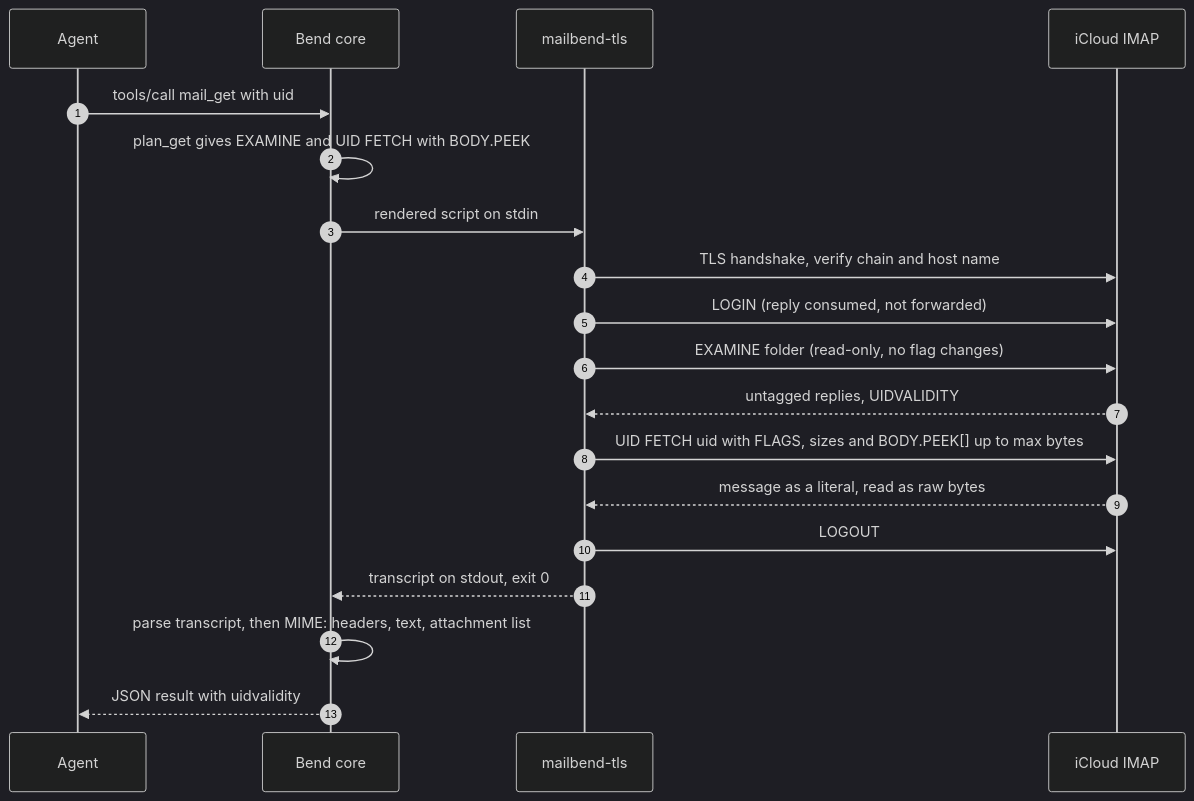
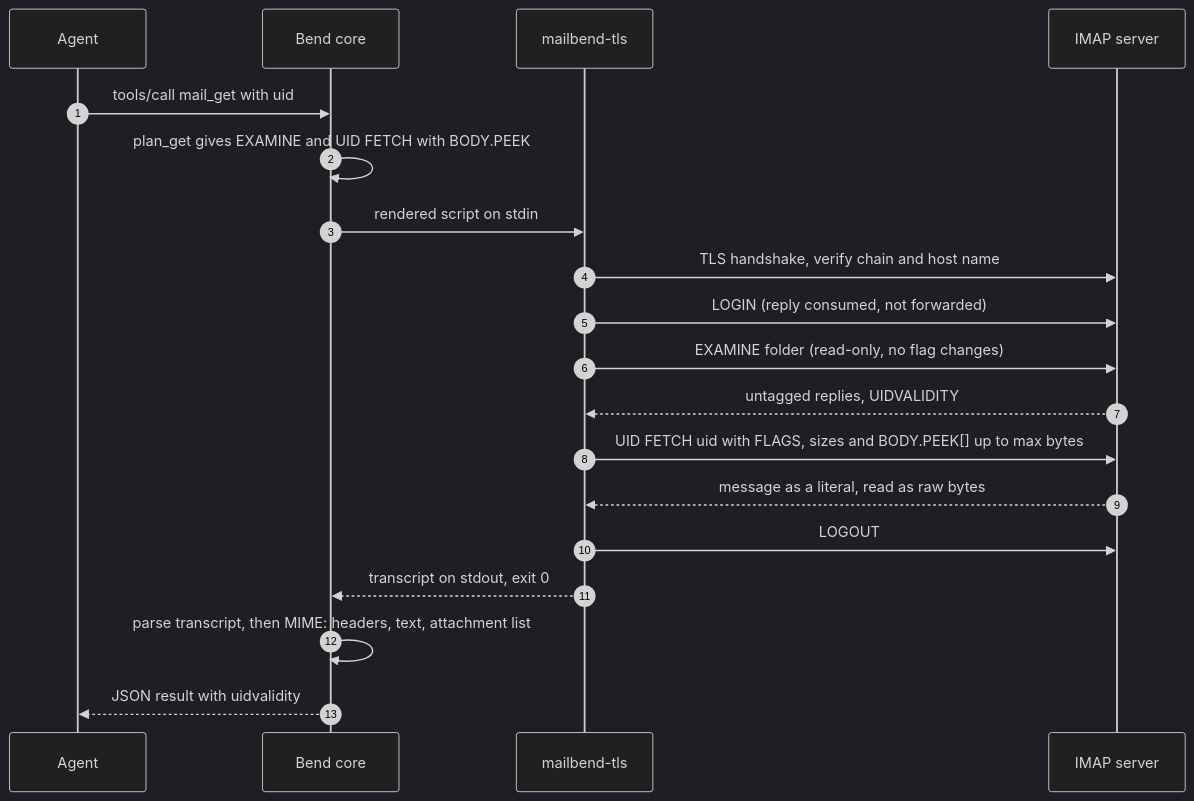
One commit to albertc71/MailBend changed the second of 3 diagrams in docs/ARCHITECTURE.md. Above: the diagram before and after it, drawn with Mermaid (dark theme). The commit also changed other lines of this file and 28 other files, not shown here.

First line of the commit message:
fix: resolve partial IMAP roles for iCloud drafts and refactor (#4)

````diff
--- a/docs/ARCHITECTURE.md
+++ b/docs/ARCHITECTURE.md
@@ -82,21 +88,21 @@
 ```mermaid
 sequenceDiagram
   autonumber
   participant A as Agent
   participant C as Bend core
   participant H as mailbend-tls
-  participant S as iCloud IMAP
+  participant S as IMAP server
   A->>C: tools/call mail_get with uid
   C->>C: plan_get gives EXAMINE and UID FETCH with BODY.PEEK
   C->>H: rendered script on stdin
   H->>S: TLS handshake, verify chain and host name
   H->>S: LOGIN (reply consumed, not forwarded)
   H->>S: EXAMINE folder (read-only, no flag changes)
   S-->>H: untagged replies, UIDVALIDITY
   H->>S: UID FETCH uid with FLAGS, sizes and BODY.PEEK[] up to max bytes
   S-->>H: message as a literal, read as raw bytes
   H->>S: LOGOUT
   H-->>C: transcript on stdout, exit 0
   C->>C: parse transcript, then MIME: headers, text, attachment list
   C-->>A: JSON result with uidvalidity
 ```
````
